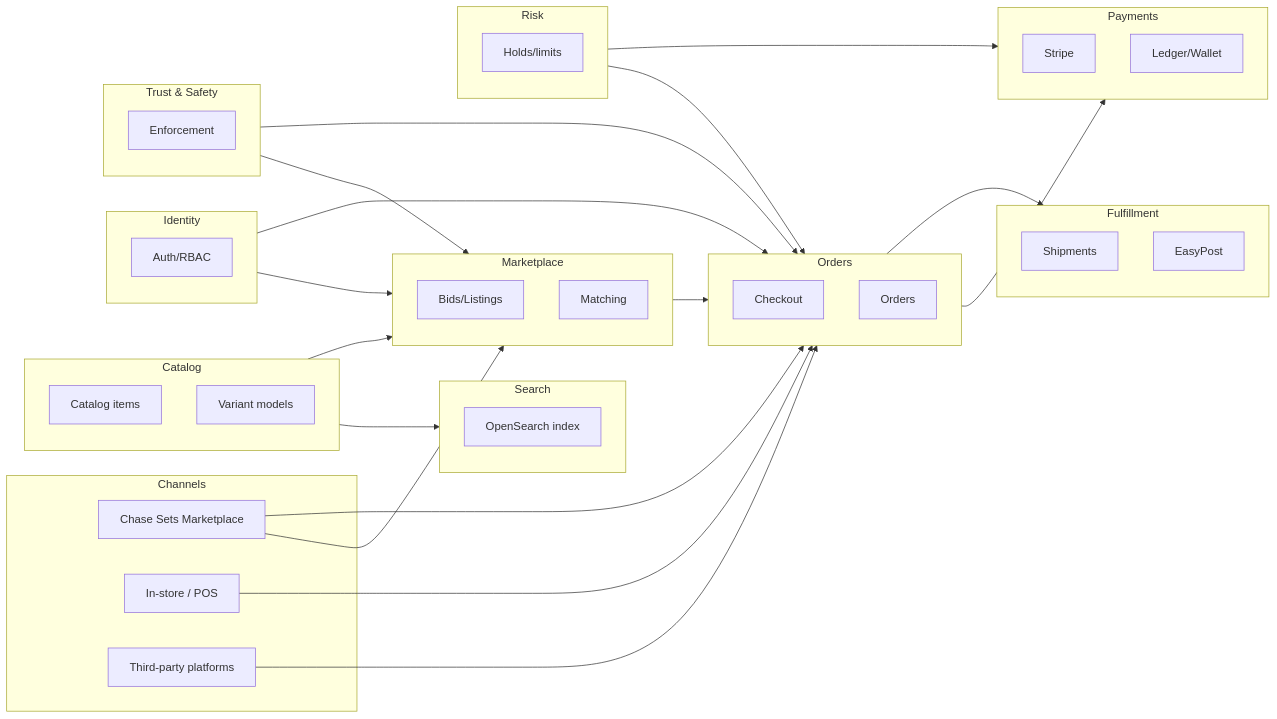
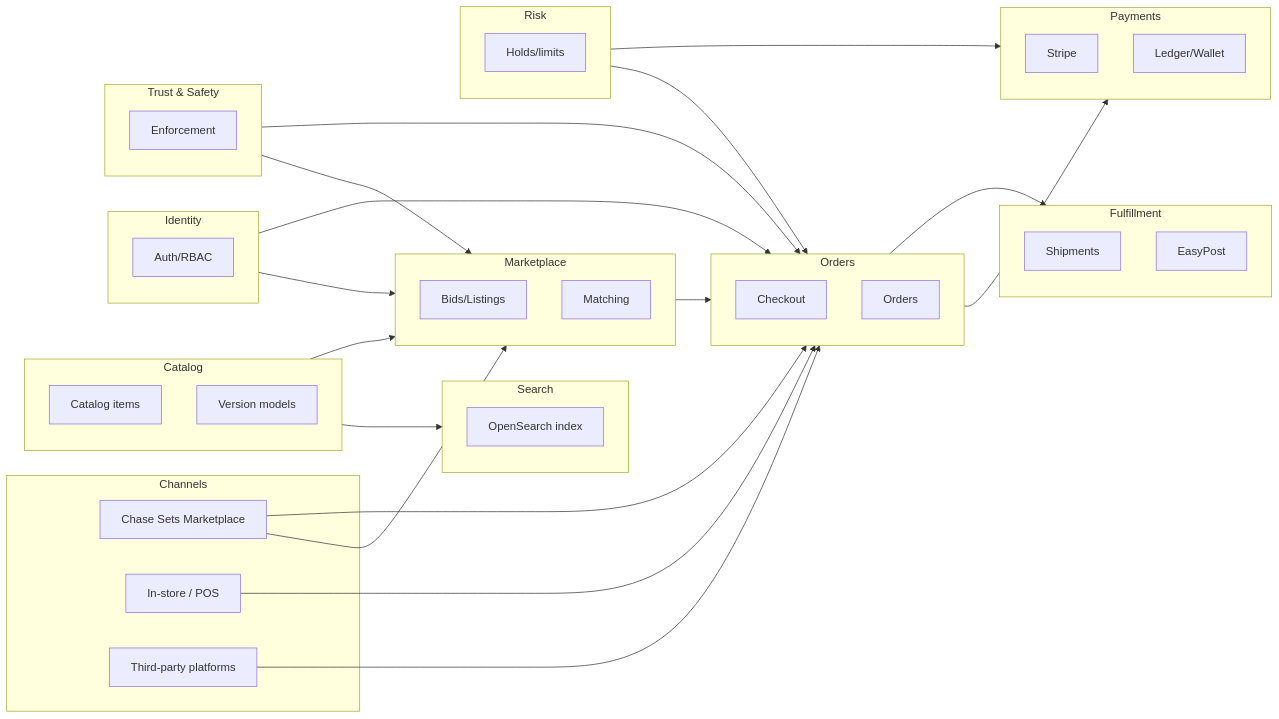
One commit to todd-skelton/chase-sets changed the diagram in artifacts/15-domain-map-and-integration-architecture.md. Above: the diagram before and after it, drawn with Mermaid. The commit also changed other lines of this file and 41 other files, not shown here.

````diff
--- a/artifacts/15-domain-map-and-integration-architecture.md
+++ b/artifacts/15-domain-map-and-integration-architecture.md
@@ -81,65 +81,65 @@
 ```mermaid
 flowchart LR
   subgraph CH[Channels]
     CH1[Chase Sets Marketplace]
     CH2[In-store / POS]
     CH3[Third-party platforms]
   end
 
   subgraph C[Catalog]
     C1[Catalog items]
-    C2[Variant models]
+    C2[Version models]
   end
 
   subgraph S[Search]
     S1[OpenSearch index]
   end
 
   subgraph M[Marketplace]
     M1[Bids/Listings]
     M2[Matching]
   end
 
   subgraph O[Orders]
     O1[Checkout]
     O2[Orders]
   end
 
   subgraph P[Payments]
     P1[Stripe]
     P2[Ledger/Wallet]
   end
 
   subgraph F[Fulfillment]
     F1[Shipments]
     F2[EasyPost]
   end
 
   subgraph I[Identity]
     I1[Auth/RBAC]
   end
 
   subgraph R[Risk]
     R1[Holds/limits]
   end
 
   subgraph T[Trust & Safety]
     T1[Enforcement]
   end
 
   C --> S
   C --> M
   CH1 --> M
   CH1 --> O
   CH2 --> O
   CH3 --> O
   M --> O
   O --> P
   O --> F
   I --> M
   I --> O
   R --> O
   R --> P
   T --> M
   T --> O
 ```
````
